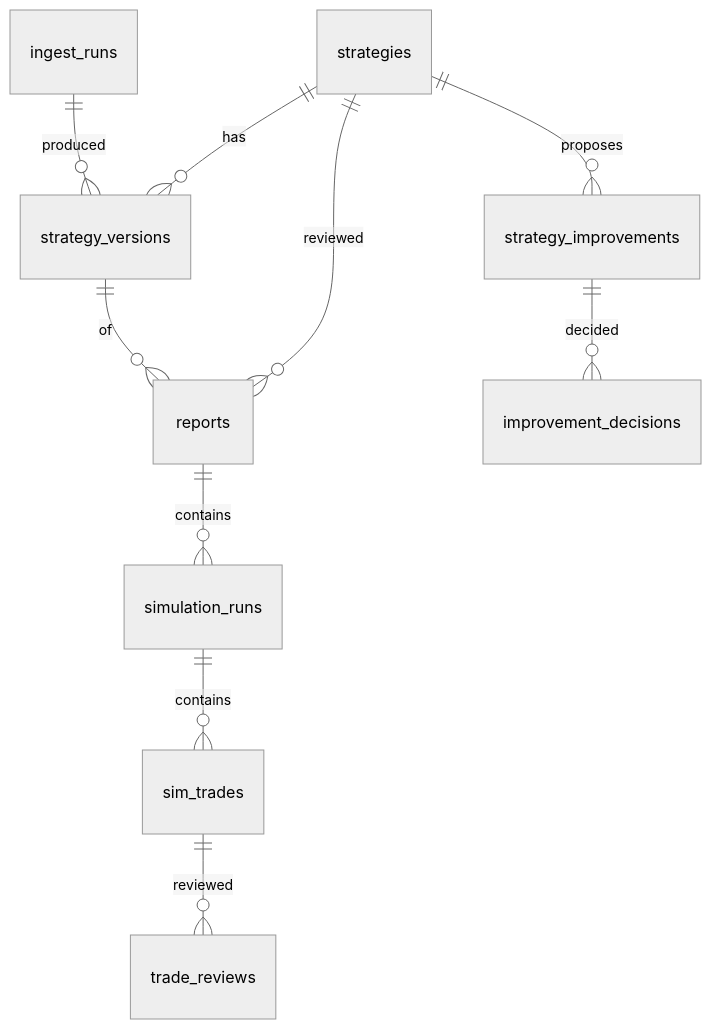
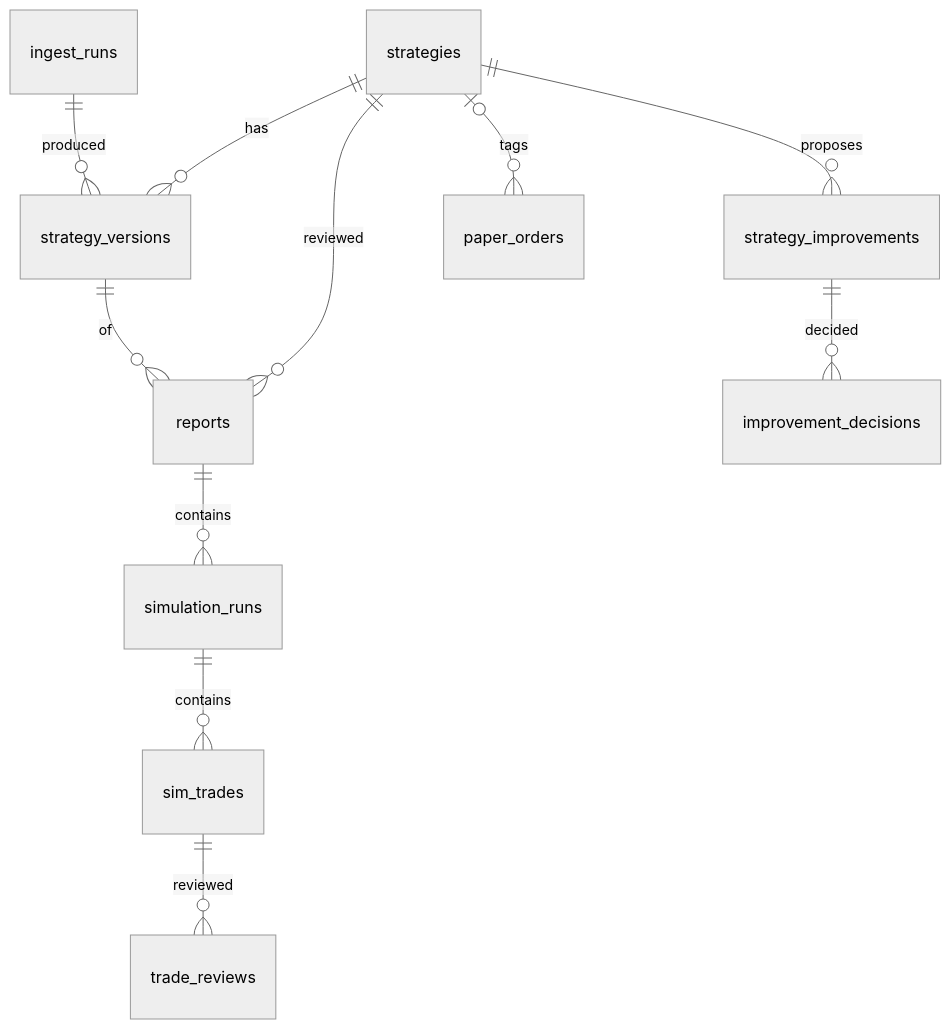
One commit to skoust1-a11y/genesis changed the first of 2 diagrams in DocumentsAndDiagrams/CURRENT_DATABASE_ARCHITECTURE.md. Above: the diagram before and after it, drawn with Mermaid (neutral theme). The commit also changed other lines of this file and 23 other files, not shown here.

Commit message:
Update docs for the markets page, paper orders, and clarify step

````diff
--- a/DocumentsAndDiagrams/CURRENT_DATABASE_ARCHITECTURE.md
+++ b/DocumentsAndDiagrams/CURRENT_DATABASE_ARCHITECTURE.md
@@ -755,12 +780,13 @@
 ```mermaid
 erDiagram
   strategies ||--o{ strategy_versions : has
   ingest_runs ||--o{ strategy_versions : produced
   strategies ||--o{ reports : reviewed
   strategy_versions ||--o{ reports : of
   reports ||--o{ simulation_runs : contains
   simulation_runs ||--o{ sim_trades : contains
   sim_trades ||--o{ trade_reviews : reviewed
   strategies ||--o{ strategy_improvements : proposes
   strategy_improvements ||--o{ improvement_decisions : decided
+  strategies |o--o{ paper_orders : tags
 ```
````
